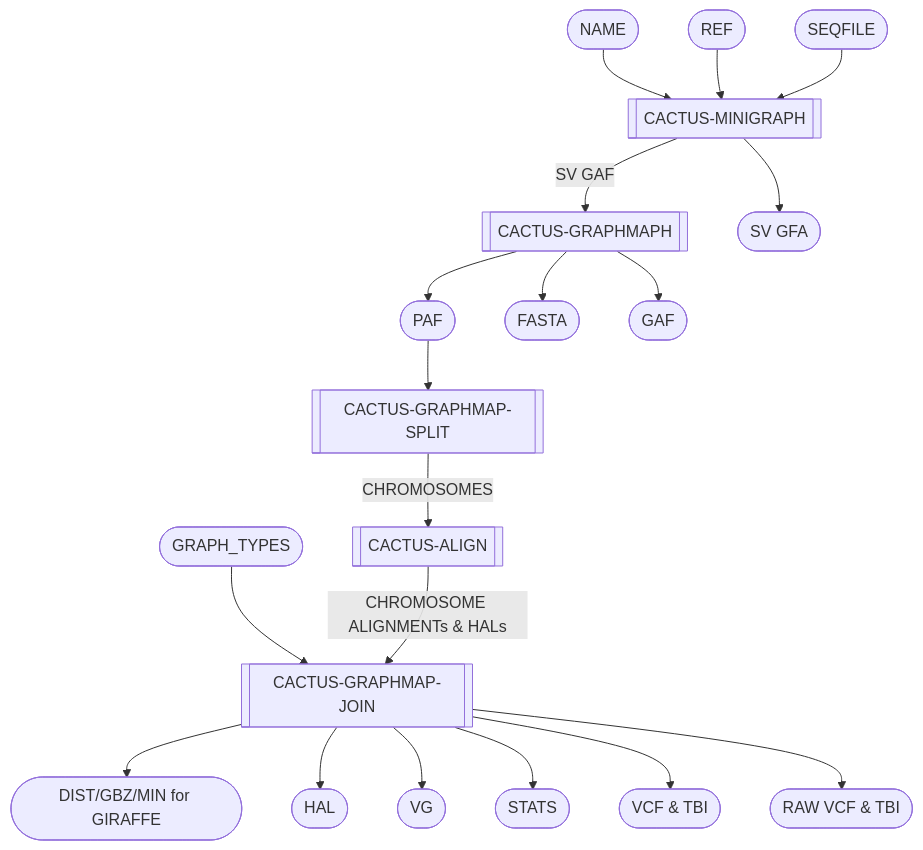
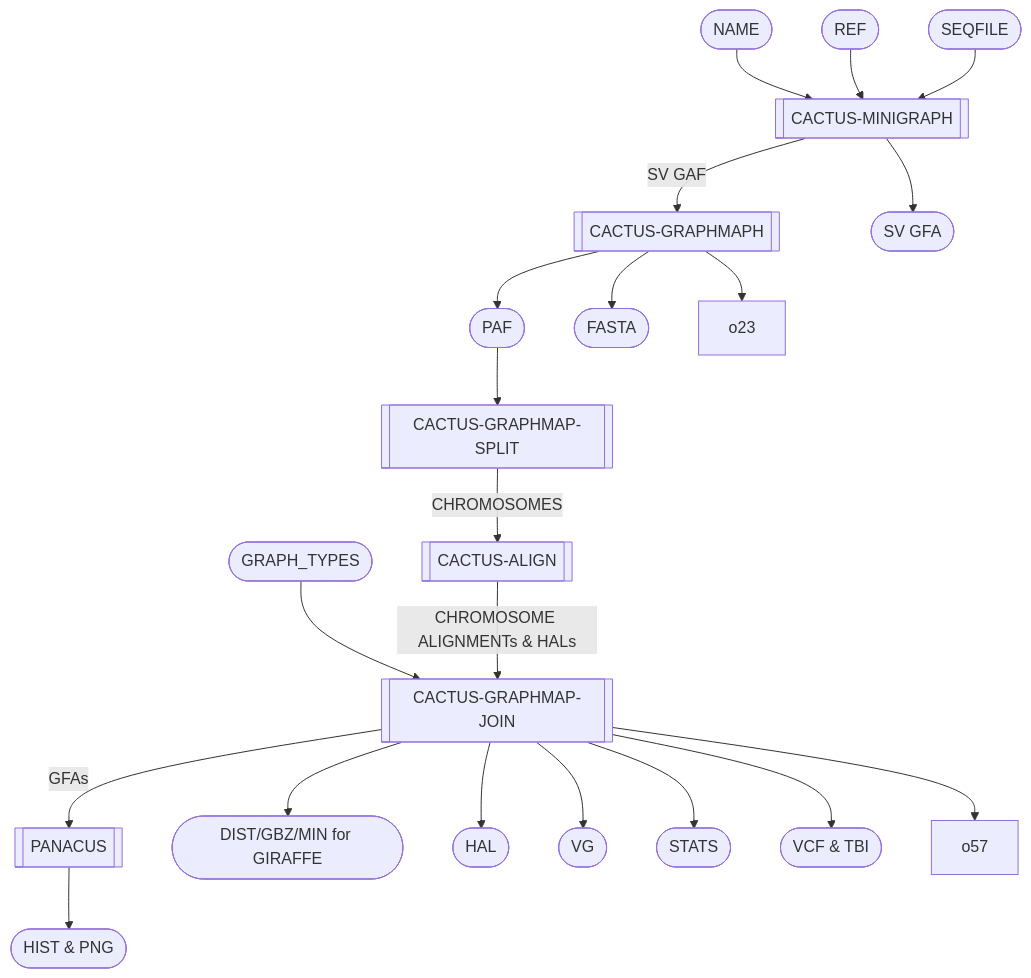
The diagram in wdl/pipelines/pangenome/mcgb.doc.md (twlab/cig-pipelines), drawn with Mermaid before and after one commit. The commit also changed other lines of this file, not shown here.

````diff
--- a/wdl/pipelines/pangenome/mcgb.doc.md
+++ b/wdl/pipelines/pangenome/mcgb.doc.md
@@ -6,31 +6,33 @@
 ```mermaid
   flowchart TB;
       i1([NAME]);
       i2([REF]);
       i3([SEQFILE]);
       i4([GRAPH_TYPES]);
 
       s1[[CACTUS-MINIGRAPH]];
       s2[[CACTUS-GRAPHMAPH]];
       s3[[CACTUS-GRAPHMAP-SPLIT]];
       s4[[CACTUS-ALIGN]];
       s5[[CACTUS-GRAPHMAP-JOIN]];
+      s6[[PANACUS]];
 
       o11([SV GFA]);
       o21([PAF]);
       o22([FASTA]);
-      o23([GAF]);
       o51([DIST/GBZ/MIN for GIRAFFE]);
       o52([HAL]);
       o53([VG]);
       o55([STATS]);
       o56([VCF & TBI]);
-      o57([RAW VCF & TBI]);
+      o61([HIST & PNG]);
 
       i1-->s1; i2-->s1; i3-->s1; s1-->o11;
       s1--SV GAF-->s2; s2-->o21; s2-->o22; s2-->o23;
       o21-->s3;
       s3--CHROMOSOMES-->s4;
-      i4-->s5; s4--CHROMOSOME ALIGNMENTs & HALs -->s5;
-      s5-->o51; s5-->o52; s5-->o53; s5-->o55; s5-->o56; s5-->o57; 
+      i4-->s5; s4--CHROMOSOME ALIGNMENTs & HALs-->s5;
+      s5-->o51; s5-->o52; s5-->o53; s5-->o55; s5-->o56; s5-->o57;
+      s5--GFAs-->s6;
+      s6-->o61;
 ```
````
